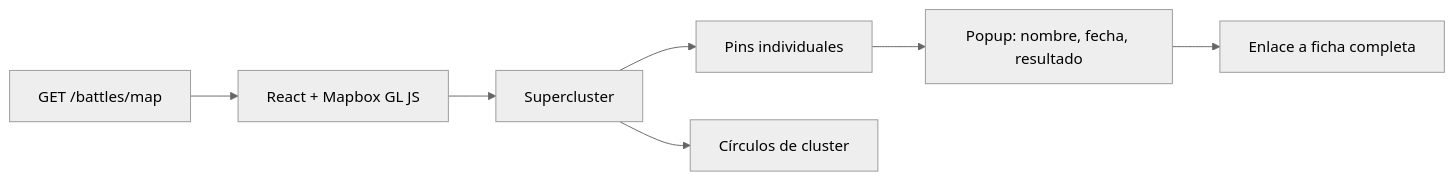
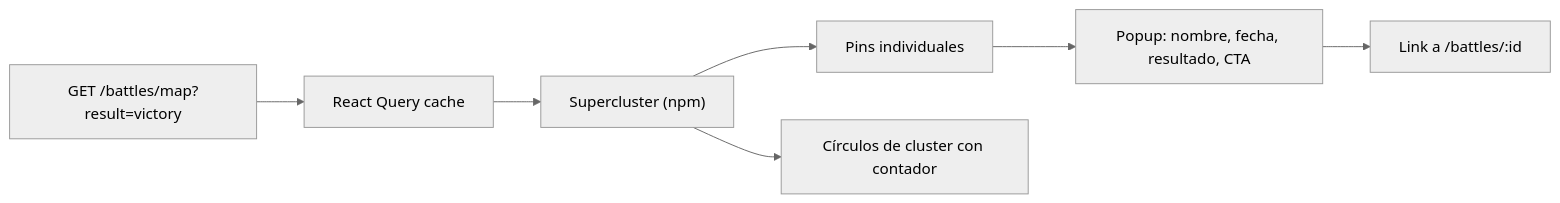
Before and after one commit to mtzgutierrez/bellum-atlas: the diagram in docs/frontend/mapa.md, drawn with Mermaid (neutral theme). The commit also changed other lines of this file and 27 other files, not shown here.

First line of the commit message:
feat: add Home, MapExplorer, Timeline, and Wars pages with responsive design

````diff
--- a/docs/frontend/mapa.md
+++ b/docs/frontend/mapa.md
@@ -11,9 +38,9 @@
 ```mermaid
 graph LR
-    API["GET /battles/map"] --> FE["React + Mapbox GL JS"]
-    FE --> CLUSTER["Supercluster"]
-    CLUSTER --> PINS["Pins individuales"]
-    CLUSTER --> GRUPOS["Círculos de cluster"]
-    PINS --> POPUP["Popup: nombre, fecha, resultado"]
-    POPUP --> LINK["Enlace a ficha completa"]
+    API["GET /battles/map?result=victory"] --> STORE["React Query cache"]
+    STORE --> SC["Supercluster (npm)"]
+    SC --> PINS["Pins individuales"]
+    SC --> GRUPOS["Círculos de cluster con contador"]
+    PINS --> POPUP["Popup: nombre, fecha, resultado, CTA"]
+    POPUP --> LINK["Link a /battles/:id"]
 ```
````
